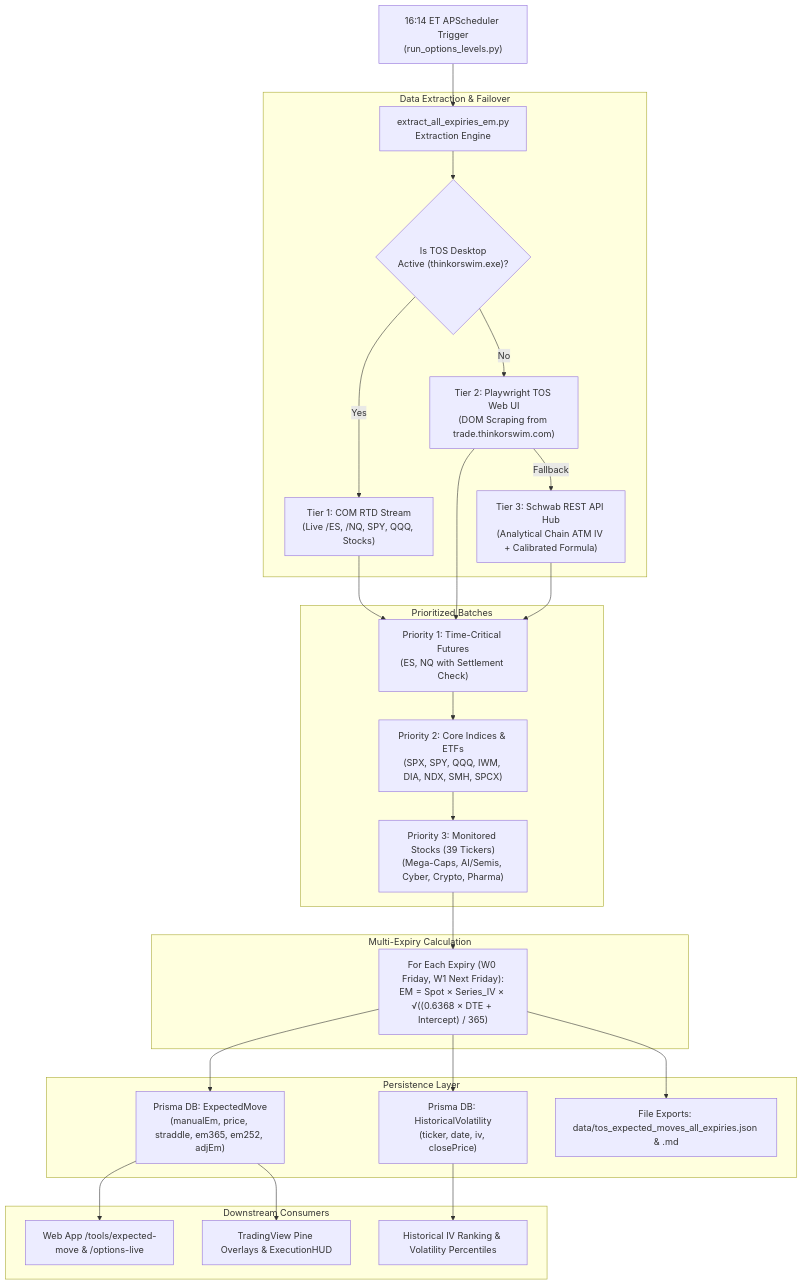
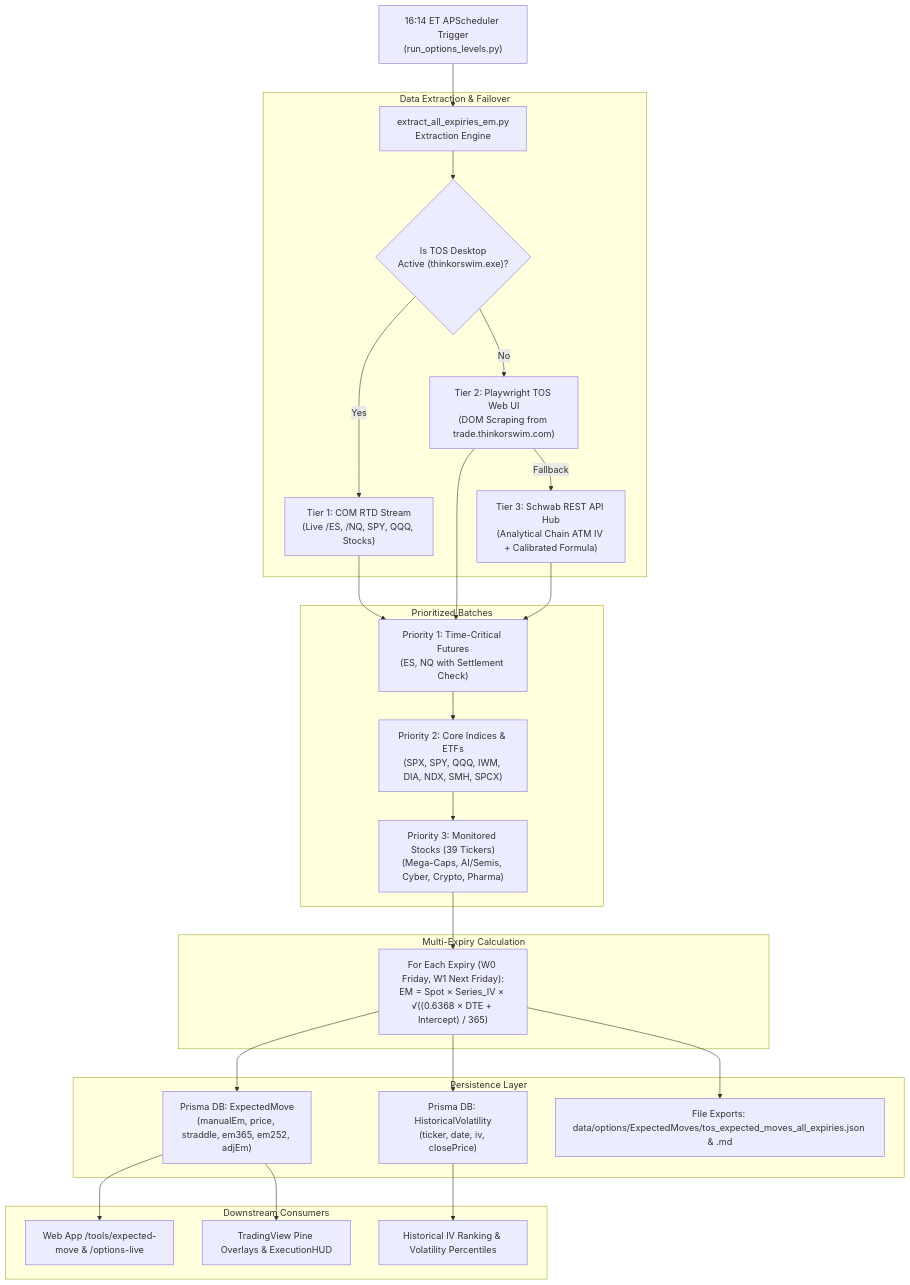
One commit to vinay-veerappa/tvDownloadOHLC changed the diagram in docs/architecture/TOS_EXPECTED_MOVE_PIPELINE_DESIGN.md. Above: the diagram before and after it, drawn with Mermaid. The commit also changed other lines of this file and 3 other files, not shown here.

Commit message:
fix(options): update multi-expiry expected moves output directory to data/options/ExpectedMoves

````diff
--- a/docs/architecture/TOS_EXPECTED_MOVE_PIPELINE_DESIGN.md
+++ b/docs/architecture/TOS_EXPECTED_MOVE_PIPELINE_DESIGN.md
@@ -22,33 +22,33 @@
 ```mermaid
 graph TD
     A["16:14 ET APScheduler Trigger<br/>(run_options_levels.py)"] --> B["extract_all_expiries_em.py<br/>Extraction Engine"]
     
     subgraph Data Extraction & Failover
         B --> C{"Is TOS Desktop<br/>Active (thinkorswim.exe)?"}
         C -- Yes --> D["Tier 1: COM RTD Stream<br/>(Live /ES, /NQ, SPY, QQQ, Stocks)"]
         C -- No --> E["Tier 2: Playwright TOS Web UI<br/>(DOM Scraping from trade.thinkorswim.com)"]
         E -- Fallback --> F["Tier 3: Schwab REST API Hub<br/>(Analytical Chain ATM IV + Calibrated Formula)"]
     end
     
     subgraph Prioritized Batches
         D & E & F --> G["Priority 1: Time-Critical Futures<br/>(ES, NQ with Settlement Check)"]
         G --> H["Priority 2: Core Indices & ETFs<br/>(SPX, SPY, QQQ, IWM, DIA, NDX, SMH, SPCX)"]
         H --> I["Priority 3: Monitored Stocks (39 Tickers)<br/>(Mega-Caps, AI/Semis, Cyber, Crypto, Pharma)"]
     end
     
     subgraph Multi-Expiry Calculation
         I --> J["For Each Expiry (W0 Friday, W1 Next Friday):<br/>EM = Spot × Series_IV × √((0.6368 × DTE + Intercept) / 365)"]
     end
     
     subgraph Persistence Layer
         J --> K["Prisma DB: ExpectedMove<br/>(manualEm, price, straddle, em365, em252, adjEm)"]
         J --> L["Prisma DB: HistoricalVolatility<br/>(ticker, date, iv, closePrice)"]
-        J --> M["File Exports: data/tos_expected_moves_all_expiries.json & .md"]
+        J --> M["File Exports: data/options/ExpectedMoves/tos_expected_moves_all_expiries.json & .md"]
     end
     
     subgraph Downstream Consumers
         K --> N["Web App /tools/expected-move & /options-live"]
         K --> O["TradingView Pine Overlays & ExecutionHUD"]
         L --> P["Historical IV Ranking & Volatility Percentiles"]
     end
 ```
````
